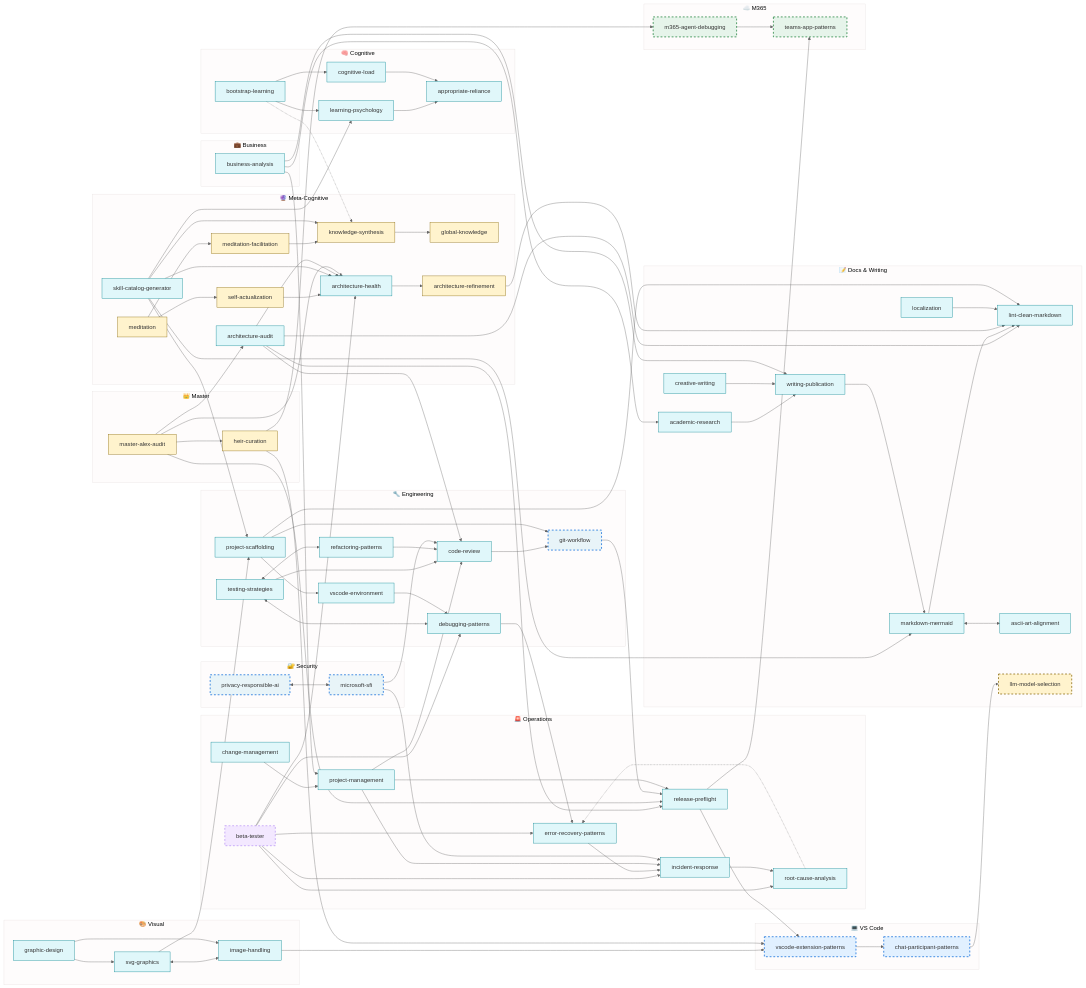
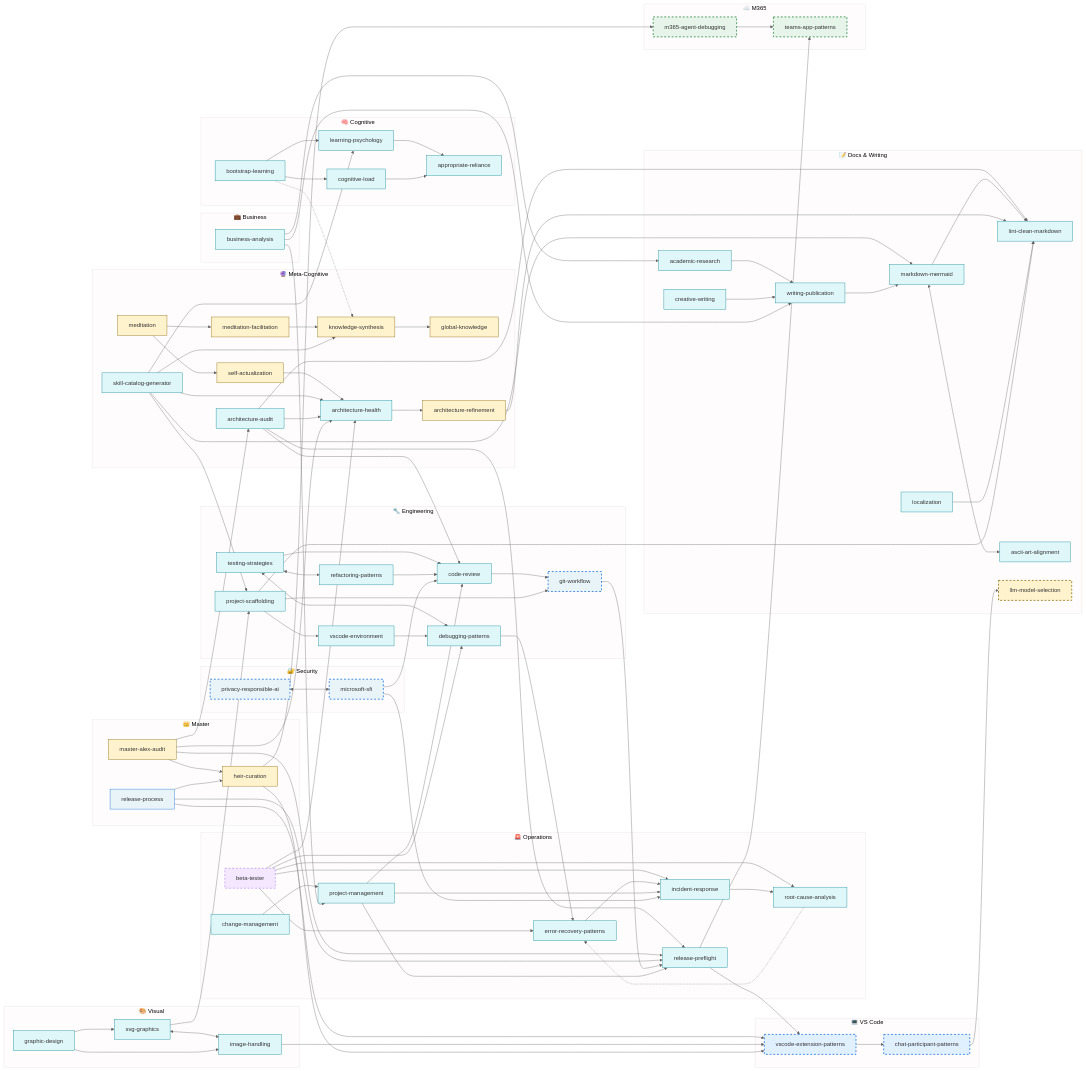
The diagram in alex_docs/SKILLS-CATALOG.md (fabioc-aloha/Alex_Plug_In), drawn with Mermaid before and after one commit. The commit also changed other lines of this file and 3 other files, not shown here.

First line of the commit message:
docs: Update skill counts and diagram for release-process skill

```diff
--- a/alex_docs/SKILLS-CATALOG.md
+++ b/alex_docs/SKILLS-CATALOG.md
@@ -249,6 +250,7 @@
     subgraph Mstr["👑 Master"]
         HC[heir-curation]
         MAA[master-alex-audit]
+        REL[release-process]
     end
 
     %% Cognitive flow
@@ -262,6 +264,7 @@
     SCG --> MM & AH & KS & LP & PS
     AAU --> AH & RF & CR & LM
     MAA --> AAU & HC & RF & AH
+    REL --> RF & HC & VEP
 
     %% Beta/temporary skill flow
     BT --> AH & DP & ERP & RCA & IR
```
